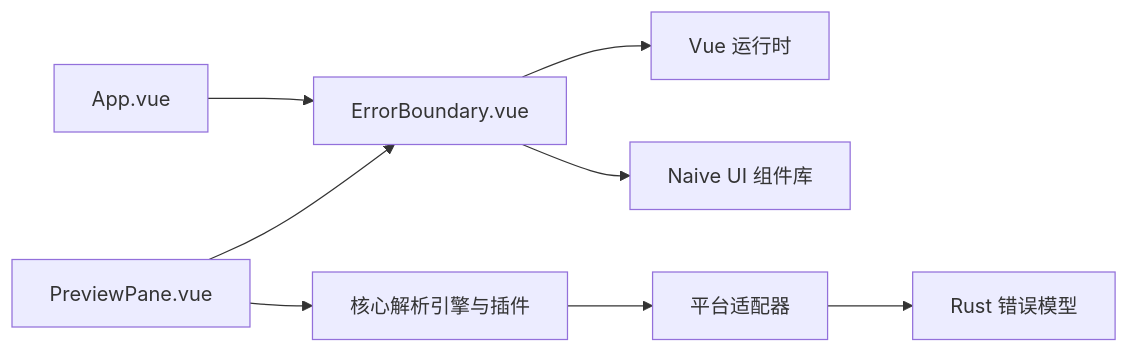
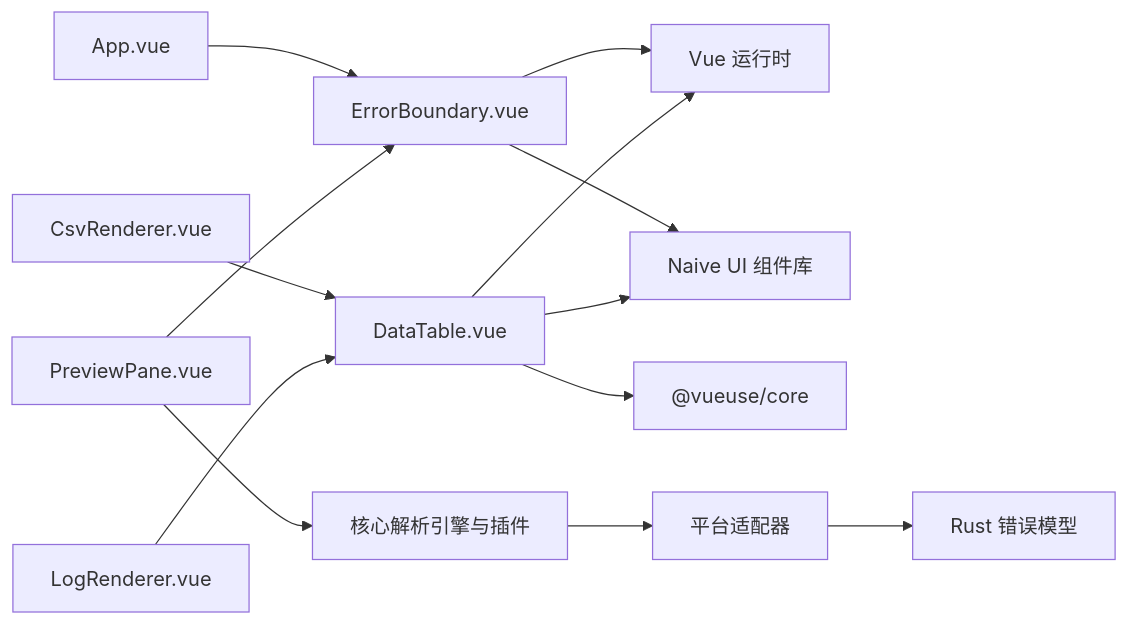
The sixth of 6 diagrams in .qoder/repowiki/zh/content/架构设计/组件层次结构/共享组件.md (taoweidong/Hello-Tauri), drawn with Mermaid before and after one commit. The commit also changed other lines of this file and 13 other files, not shown here.

First line of the commit message:
feat: 新增 DataTable 公共表格组件并重构渲染器

````diff
--- a/.qoder/repowiki/zh/content/架构设计/组件层次结构/共享组件.md
+++ b/.qoder/repowiki/zh/content/架构设计/组件层次结构/共享组件.md
@@ -210,10 +330,15 @@
 ```mermaid
 graph LR
 EB["ErrorBoundary.vue"] --> VUE["Vue 运行时"]
 EB --> NUI["Naive UI 组件库"]
+DT["DataTable.vue"] --> VUE
+DT --> NUI
+DT --> VUSE["@vueuse/core"]
 APP["App.vue"] --> EB
 PREVIEW["PreviewPane.vue"] --> EB
+CR["CsvRenderer.vue"] --> DT
+LR["LogRenderer.vue"] --> DT
 PREVIEW --> CORE["核心解析引擎与插件"]
 CORE --> ADAPTER["平台适配器"]
 ADAPTER --> RUSTERR["Rust 错误模型"]
 ```
````
